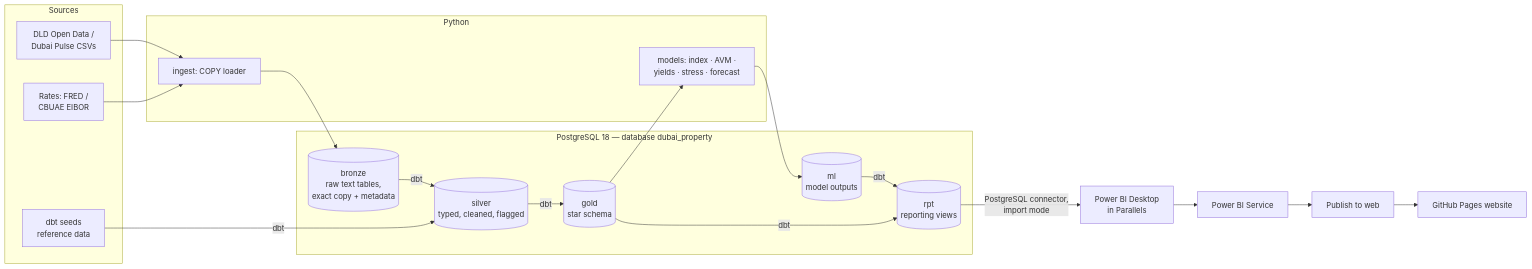
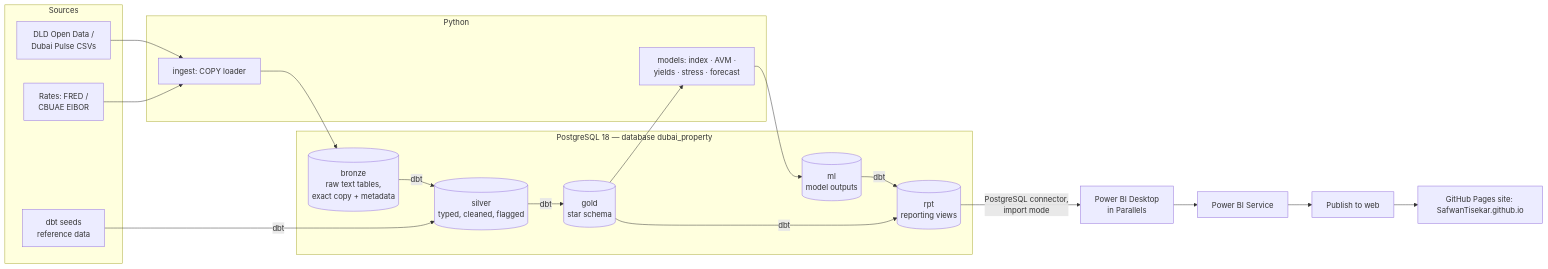
The diagram in docs/03-architecture.md (SafwanTisekar/dubai-property-analytics), drawn with Mermaid before and after one commit. The commit also changed other lines of this file and 13 other files, not shown here.

First line of the commit message:
Phase 6: site build writes to its own repo (SafwanTisekar.github.io)

````diff
--- a/docs/03-architecture.md
+++ b/docs/03-architecture.md
@@ -13,28 +13,28 @@
 ```mermaid
 flowchart LR
     subgraph Sources
         K[DLD Open Data /<br/>Dubai Pulse CSVs]
         F[Rates: FRED /<br/>CBUAE EIBOR]
         S[dbt seeds<br/>reference data]
     end
     subgraph PG["PostgreSQL 18 — database dubai_property"]
         B[(bronze<br/>raw text tables,<br/>exact copy + metadata)]
         SV[(silver<br/>typed, cleaned, flagged)]
         G[(gold<br/>star schema)]
         ML[(ml<br/>model outputs)]
         RPT[(rpt<br/>reporting views)]
     end
     subgraph Python
         I[ingest: COPY loader]
         M[models: index · AVM ·<br/>yields · stress · forecast]
     end
     K --> I --> B
     F --> I
     B -->|dbt| SV -->|dbt| G
     S -->|dbt| SV
     G --> M --> ML
     G -->|dbt| RPT
     ML -->|dbt| RPT
     RPT -->|PostgreSQL connector,<br/>import mode| PBID[Power BI Desktop<br/>in Parallels]
-    PBID --> PBIS[Power BI Service] --> W[Publish to web] --> Site[GitHub Pages website]
+    PBID --> PBIS[Power BI Service] --> W[Publish to web] --> Site[GitHub Pages site: SafwanTisekar.github.io]
 ```
````
